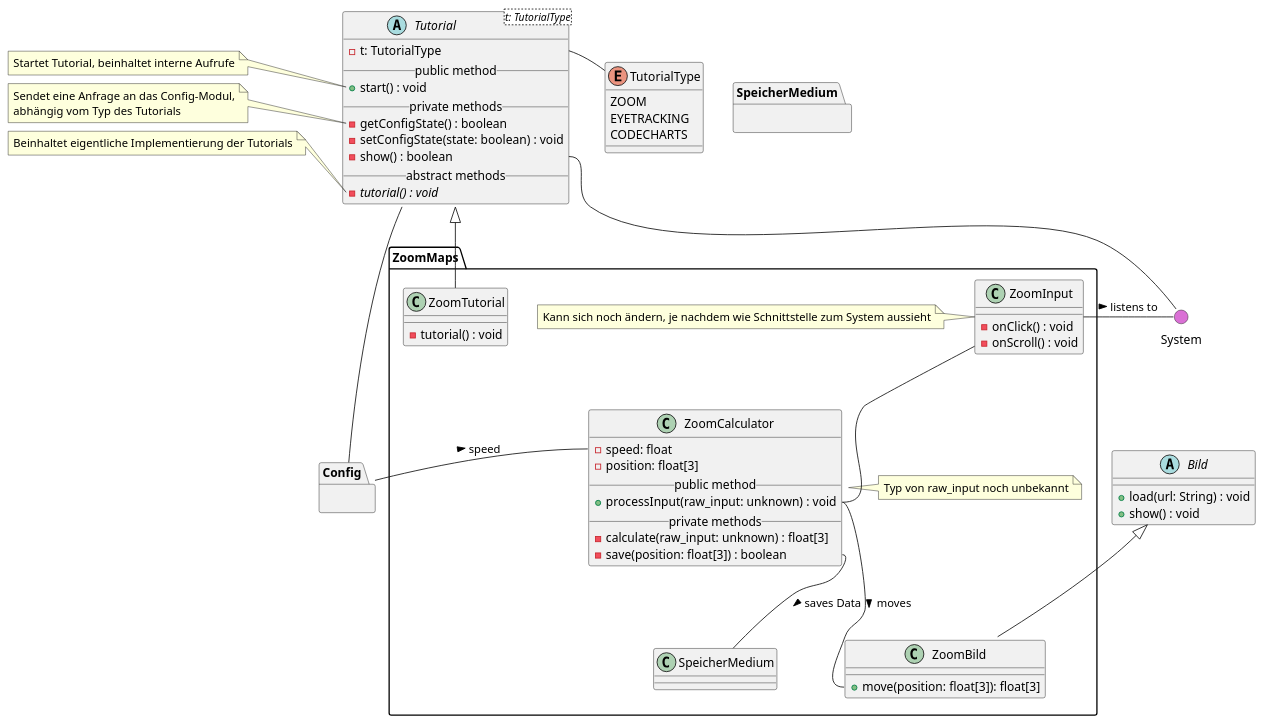
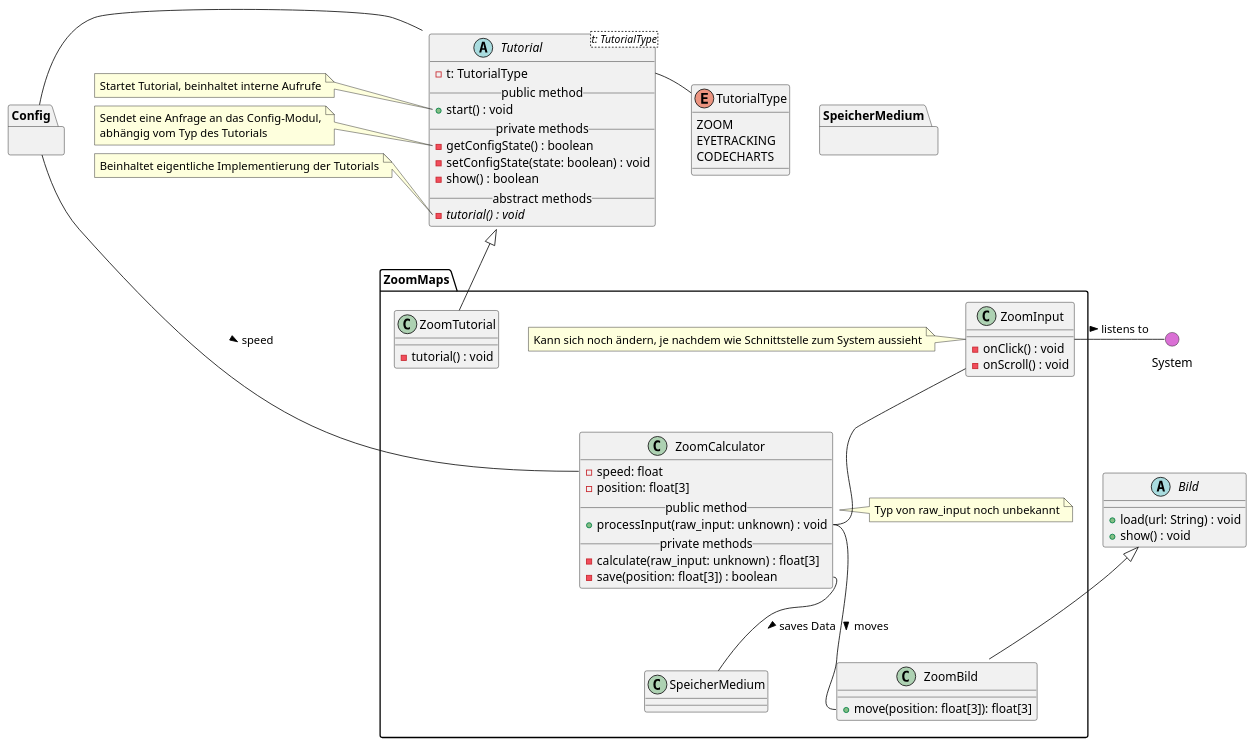
The diagram in meilenstein_03/uml-zoommaps/zoommaps-notes.puml (weichware10/meilensteine), drawn with PlantUML before and after one commit. The commit also changed 1 other file, not shown here.

Commit message:
Tutorial::show - system entfernt

```diff
--- a/meilenstein_03/uml-zoommaps/zoommaps-notes.puml
+++ b/meilenstein_03/uml-zoommaps/zoommaps-notes.puml
@@ -1,111 +1,110 @@
 @startuml zoommaps
 ' skinparam backgroundColor transparent
 () System #DA70D5
 top to bottom direction
 
 ' --- TUTORIAL ---
 abstract Tutorial<t: TutorialType> {
   - t: TutorialType
   __public method__
   + start() : void
   __private methods__
   - getConfigState() : boolean
   - setConfigState(state: boolean) : void
   - show() : boolean
   __abstract methods__
   - {abstract} tutorial() : void
 }
 
 enum TutorialType {
   ZOOM
   EYETRACKING
   CODECHARTS
 }
 
 ' Notes
 note left of Tutorial::start
     Startet Tutorial, beinhaltet interne Aufrufe
 end note
 note left of Tutorial::getConfigState
     Sendet eine Anfrage an das Config-Modul,
     abhängig vom Typ des Tutorials
 end note
 note left of Tutorial::tutorial
     Beinhaltet eigentliche Implementierung der Tutorials
 end note
 
 ' Interaktionen
 Tutorial::t -r- TutorialType
-Tutorial::show -- System
-Tutorial -- Config
+Tutorial -l- Config
 
 
 ' --- BILD ---
 
 abstract Bild {
   + load(url: String) : void
   + show() : void
 }
 
 ' === ZOOM MAPS ===
 package ZoomMaps {
 
     ' Zoom Input
     class ZoomInput {
         - onClick() : void
         - onScroll() : void
     }
 
     ' Notiz
     note left of ZoomInput
         Kann sich noch ändern, je nachdem wie Schnittstelle zum System aussieht
     end note
 
     ' Zoom Tutorial 
     class ZoomTutorial {
         - tutorial() : void
     }
   
     ' Zoom Calculator
     class ZoomCalculator {
         - speed: float
         - position: float[3]
         __public method__
         + processInput(raw_input: unknown) : void
         __private methods__
         - calculate(raw_input: unknown) : float[3]
         - save(position: float[3]) : boolean
     }
 
     ' Notiz
     note right of ZoomCalculator
         Typ von raw_input noch unbekannt
     end note
 
     ' Zoom Bild
     class ZoomBild {
         + move(position: float[3]): float[3]
     }
 
 
     ' Vererbungen
     Bild <|-- ZoomBild
     Tutorial <|-- ZoomTutorial
 
     ' Interaktionen
     ZoomInput -- ZoomCalculator::processInput
     ZoomCalculator::processInput  -- ZoomBild::move : > moves
 
     ' Andere Module
     ZoomCalculator::save -- SpeicherMedium : > saves Data
-    ZoomCalculator::speed -r- Config : < speed
+    ZoomCalculator::speed -l- Config : < speed
     ZoomInput -r- System : > listens to
   
 }
 
 ' Blackboxen / Andere Module
 package Config {}
 
 package SpeicherMedium {}
 
 @enduml
```
